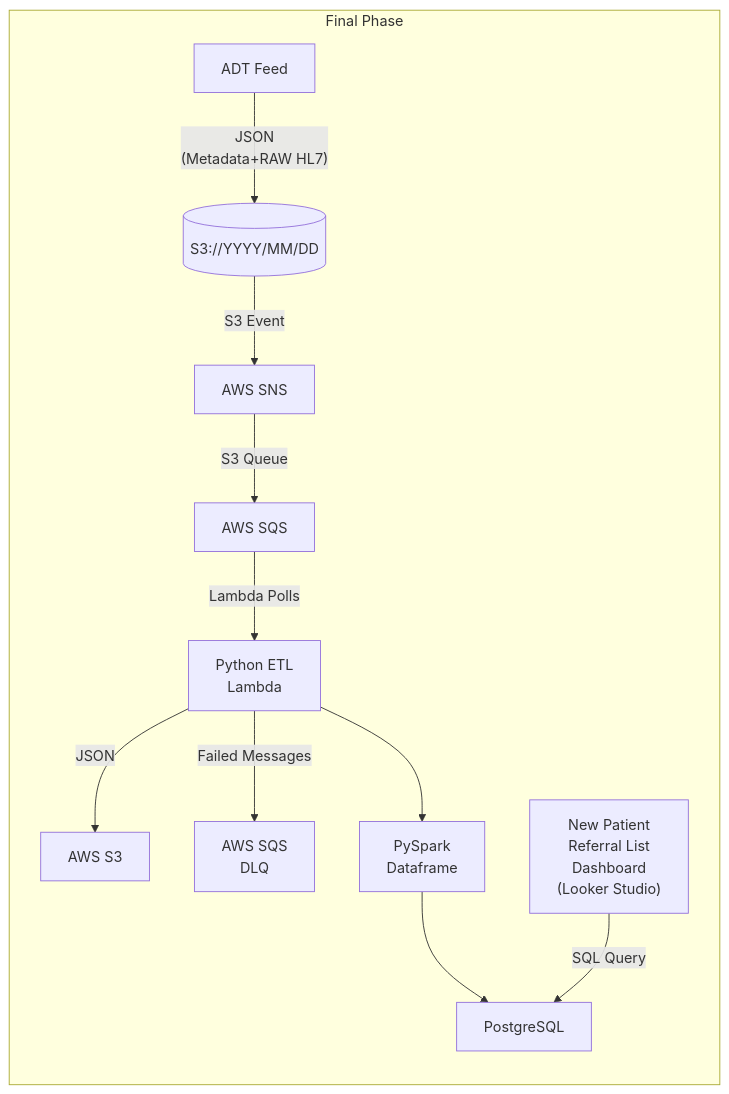
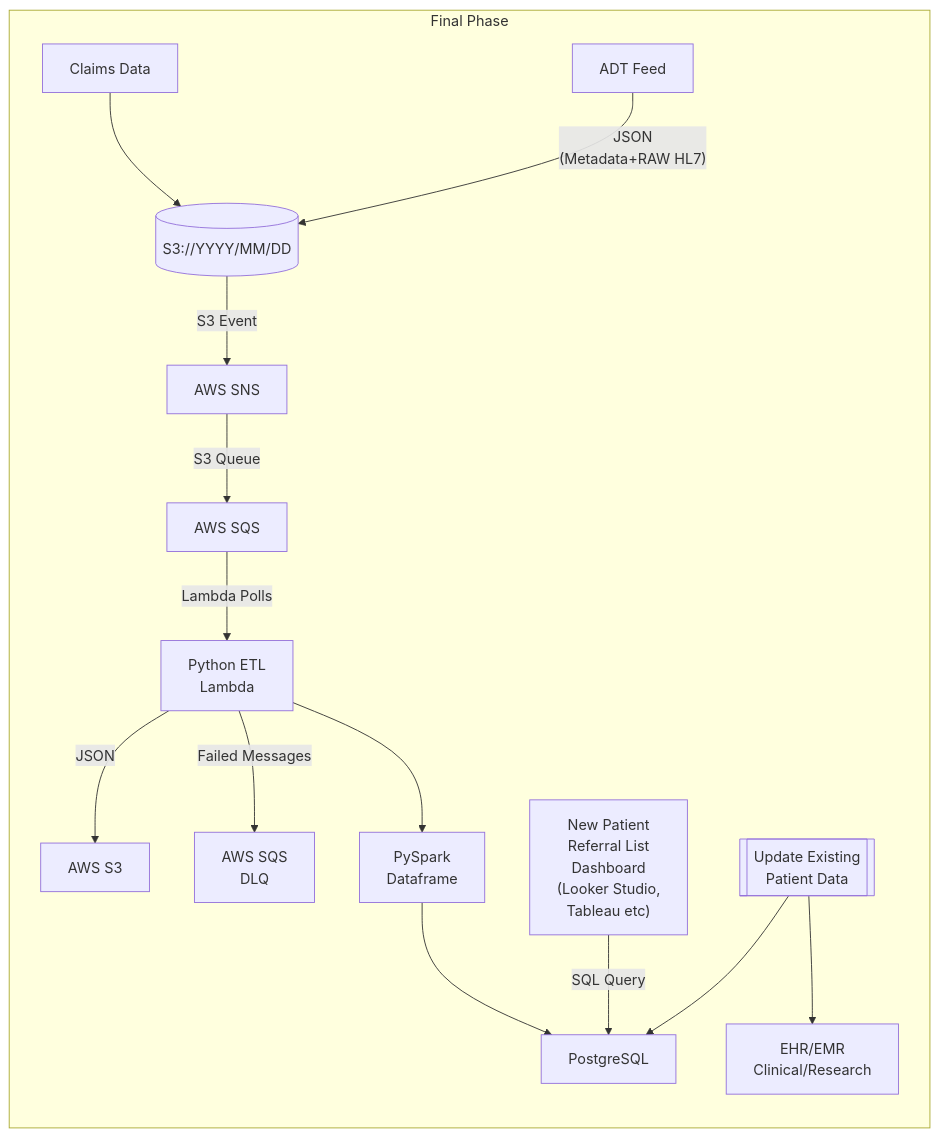
Before and after one commit to ovaisq/DataTooling: the diagram in final-phase.md, drawn with Mermaid. The commit also changed 1 other file, not shown here.

Commit message:
Cleaned up workflow

````diff
--- a/final-phase.md
+++ b/final-phase.md
@@ -1,21 +1,27 @@
 ```mermaid
 flowchart LR
     subgraph "Final Phase"
+    B["Claims Data"] --> id2
     A["ADT Feed"] -- "JSON
     (Metadata+RAW HL7)" --> id2[(S3://YYYY/MM/DD)];
     id2 -- S3 Event --> sns["AWS SNS"]
     sns -- S3 Queue --> sqs["AWS SQS"]
     sqs -- Lambda Polls --> py["Python ETL
     Lambda"]
     py -- JSON --> s3["AWS S3"]
     py -- "Failed Messages" --> dlq["AWS SQS
     DLQ"]
     py  --> F["PySpark
     Dataframe"]
     F --> G["PostgreSQL"]
     L["New Patient 
     Referral List
     Dashboard
-    (Looker Studio)"] -- SQL Query --> G
+    (Looker Studio, 
+    Tableau etc)"] -- SQL Query --> G
+    H[["Update Existing
+    Patient Data"]] --> I["EHR/EMR
+    Clinical/Research"]
+    H --> G
     end
 ```
````
